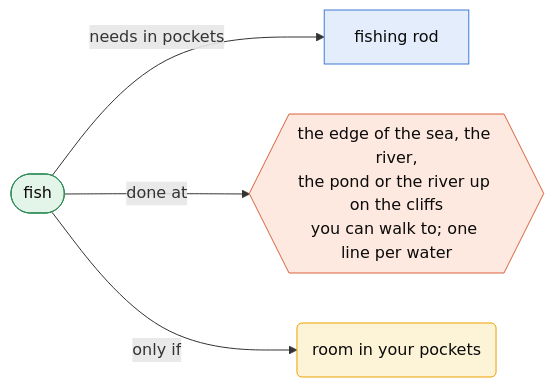
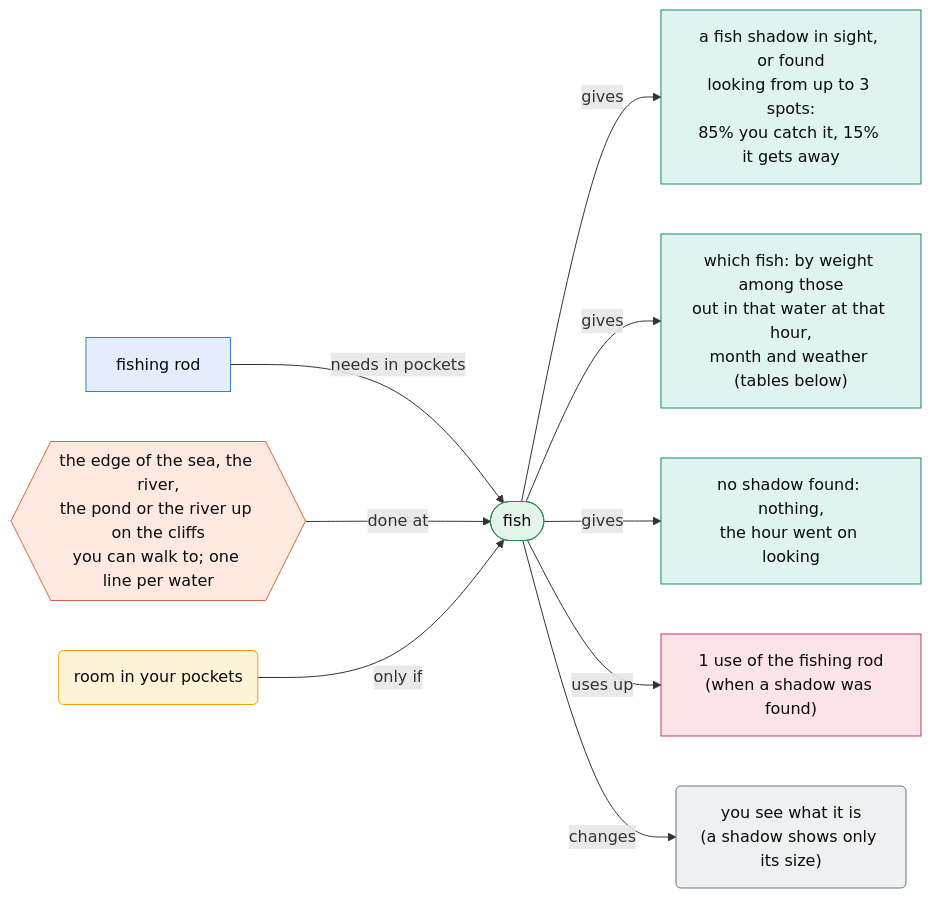
One commit to harjonillo/multiagent-island changed the fifth of 41 diagrams in docs/actions.md. Above: the diagram before and after it, drawn with Mermaid. The commit also changed other lines of this file and 9 other files, not shown here.

````diff
--- a/docs/actions.md
+++ b/docs/actions.md
@@ -133,15 +184,26 @@
 ```mermaid
 flowchart LR
     classDef act fill:#e3f4e8,stroke:#2e8b57,color:#0b0b0b
     classDef item fill:#e3edfb,stroke:#3d7bd9,color:#0b0b0b
     classDef place fill:#fde9df,stroke:#d9623d,color:#0b0b0b
     classDef cond fill:#fdf3d6,stroke:#eda100,color:#0b0b0b
+    classDef gain fill:#dff3f1,stroke:#1a8a7d,color:#0b0b0b
+    classDef spend fill:#fbe3e8,stroke:#c0396b,color:#0b0b0b
+    classDef change fill:#eef0f2,stroke:#6b7280,color:#0b0b0b
     A(["fish"])
-    A -- "needs in pockets" --> I0["fishing rod"]
-    A -- "done at" --> P0{{"the edge of the sea, the river,<br/>the pond or the river up on the cliffs<br/>you can walk to; one line per water"}}
-    A -- "only if" --> C0("room in your pockets")
+    It0["fishing rod"] -- "needs in pockets" --> A
+    Pl0{{"the edge of the sea, the river,<br/>the pond or the river up on the cliffs<br/>you can walk to; one line per water"}} -- "done at" --> A
+    Co0("room in your pockets") -- "only if" --> A
+    A -- "gives" --> Ga0["a fish shadow in sight, or found<br/>looking from up to 3 spots:<br/>85% you catch it, 15% it gets away"]
+    A -- "gives" --> Ga1["which fish: by weight among those<br/>out in that water at that hour,<br/>month and weather (tables below)"]
+    A -- "gives" --> Ga2["no shadow found: nothing,<br/>the hour went on looking"]
+    A -- "uses up" --> Sp0["1 use of the fishing rod<br/>(when a shadow was found)"]
+    A -- "changes" --> Ch0("you see what it is<br/>(a shadow shows only its size)")
     class A act
-    class I0 item
-    class P0 place
-    class C0 cond
+    class It0 item
+    class Pl0 place
+    class Co0 cond
+    class Ga0,Ga1,Ga2 gain
+    class Sp0 spend
+    class Ch0 change
 ```
````
